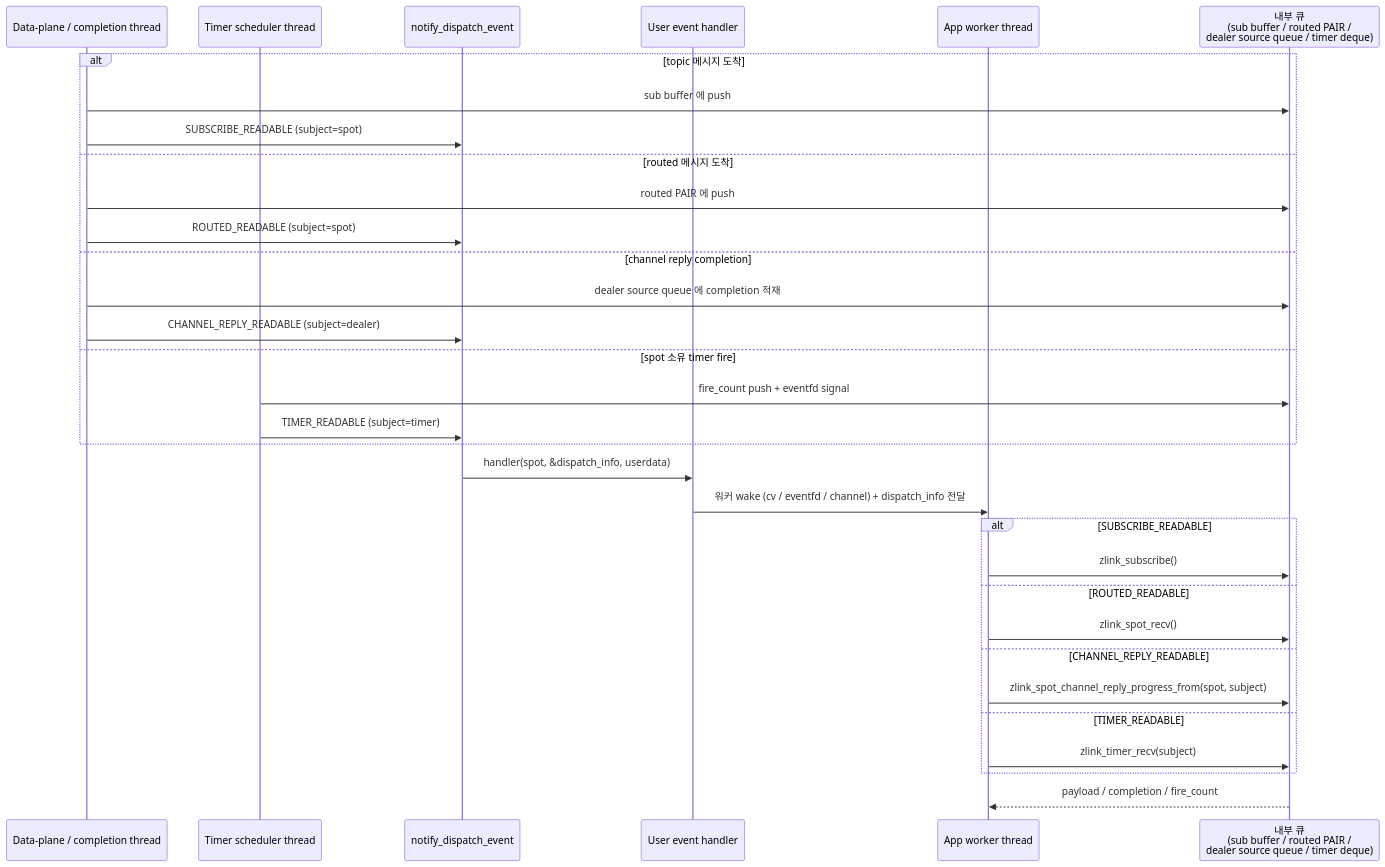
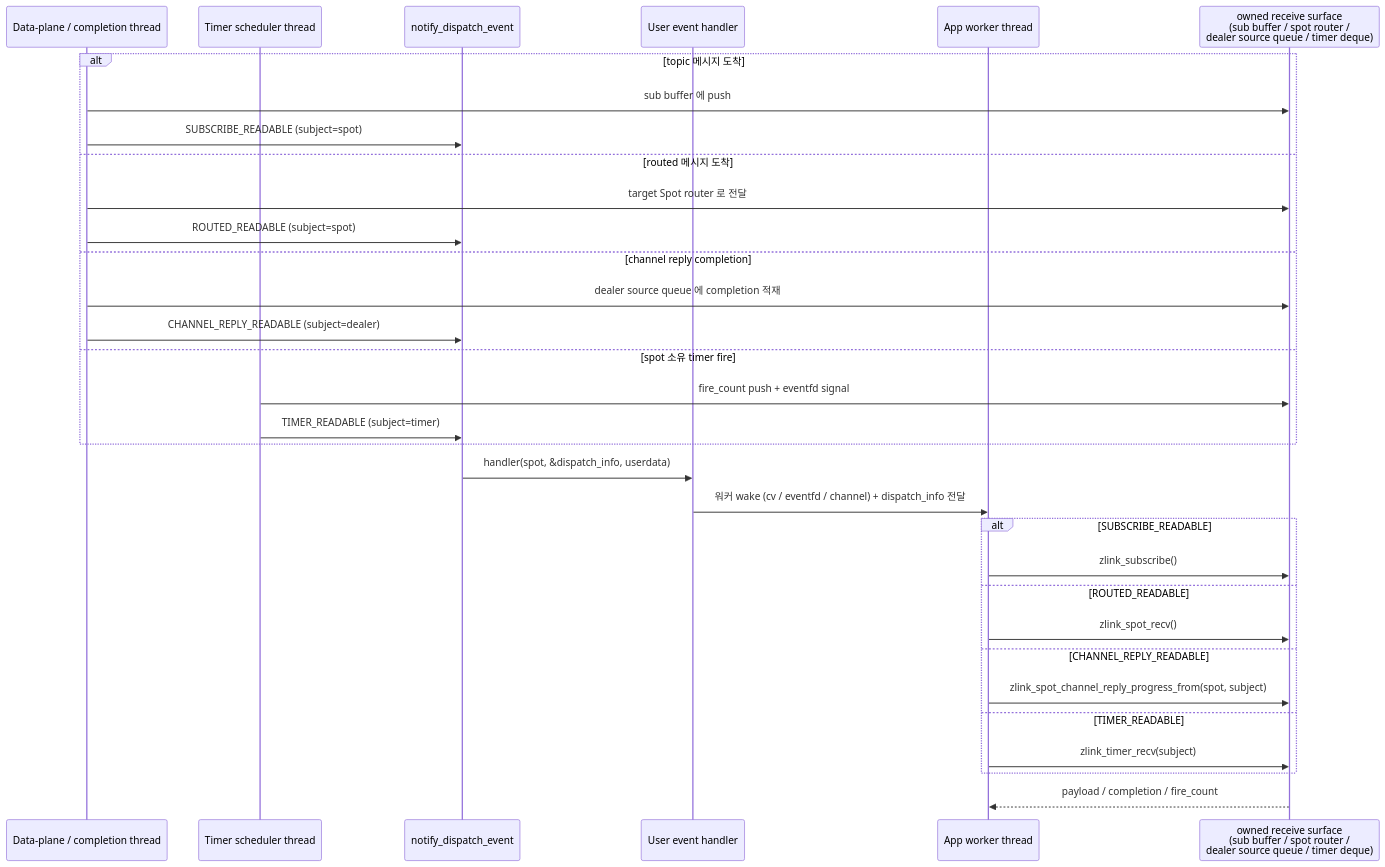
One commit to kairos-code-dev/zlink changed diagram 15 of 15 in doc/internals/spot-internals.ko.md. Above: the diagram before and after it, drawn with Mermaid. The commit also changed other lines of this file and 132 other files, not shown here.

````diff
--- a/doc/internals/spot-internals.ko.md
+++ b/doc/internals/spot-internals.ko.md
@@ -548,35 +563,35 @@
 ```mermaid
 sequenceDiagram
     participant DP as Data-plane / completion thread
     participant Sched as Timer scheduler thread
     participant Notify as notify_dispatch_event
     participant UH as User event handler
     participant App as App worker thread
-    participant Q as 내부 큐<br/>(sub buffer / routed PAIR /<br/>dealer source queue / timer deque)
+    participant Q as owned receive surface<br/>(sub buffer / spot router /<br/>dealer source queue / timer deque)
 
     alt topic 메시지 도착
         DP->>Q: sub buffer 에 push
         DP->>Notify: SUBSCRIBE_READABLE (subject=spot)
     else routed 메시지 도착
-        DP->>Q: routed PAIR 에 push
+        DP->>Q: target Spot router 로 전달
         DP->>Notify: ROUTED_READABLE (subject=spot)
     else channel reply completion
         DP->>Q: dealer source queue 에 completion 적재
         DP->>Notify: CHANNEL_REPLY_READABLE (subject=dealer)
     else spot 소유 timer fire
         Sched->>Q: fire_count push + eventfd signal
         Sched->>Notify: TIMER_READABLE (subject=timer)
     end
     Notify->>UH: handler(spot, &dispatch_info, userdata)
     UH->>App: 워커 wake (cv / eventfd / channel) + dispatch_info 전달
     alt SUBSCRIBE_READABLE
         App->>Q: zlink_subscribe()
     else ROUTED_READABLE
         App->>Q: zlink_spot_recv()
     else CHANNEL_REPLY_READABLE
         App->>Q: zlink_spot_channel_reply_progress_from(spot, subject)
     else TIMER_READABLE
         App->>Q: zlink_timer_recv(subject)
     end
     Q-->>App: payload / completion / fire_count
 ```
````
